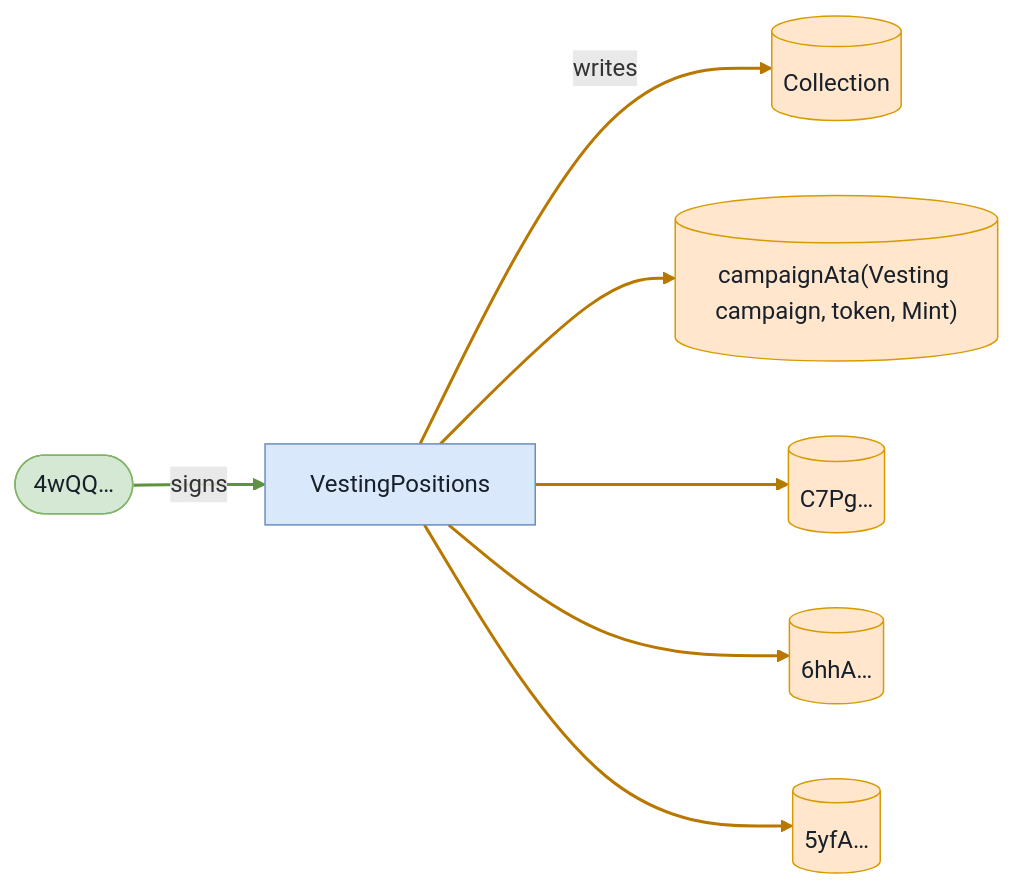
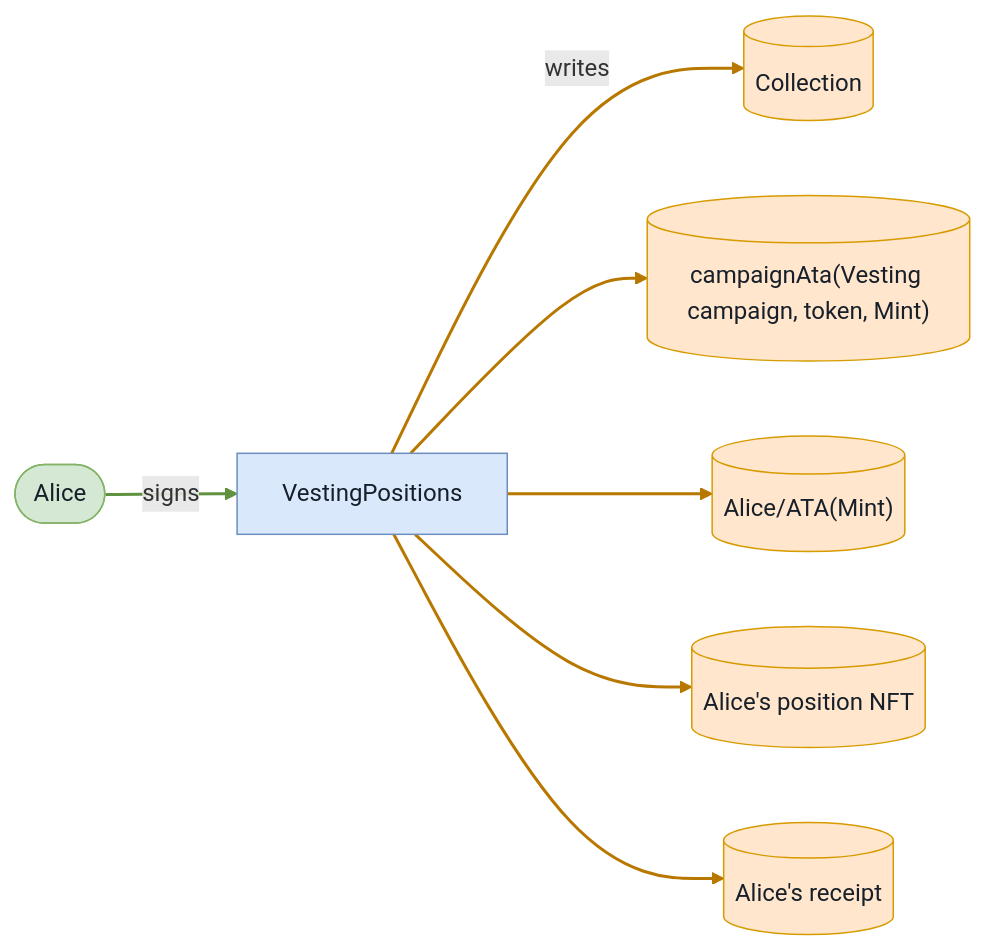
The eighth of 9 diagrams in babelfish-tests/test-report/scenario_4_replay_first_claim_fails.md (cds-turbin3/vesting-position), drawn with Mermaid before and after one commit. The commit also changed other lines of this file and 104 other files, not shown here.

````diff
--- a/babelfish-tests/test-report/scenario_4_replay_first_claim_fails.md
+++ b/babelfish-tests/test-report/scenario_4_replay_first_claim_fails.md
@@ -390,21 +389,21 @@
 ```mermaid
 flowchart LR
     VestingPositions["VestingPositions"]:::program
-    n4wQQ(["4wQQ…"]):::signer
+    Alice(["Alice"]):::signer
     Collection[("Collection")]:::state
     campaignAtaVestingcampaigntokenMint[("campaignAta(Vesting campaign, token, Mint)")]:::state
-    C7Pg[("C7Pg…")]:::state
-    n6hhA[("6hhA…")]:::state
-    n5yfA[("5yfA…")]:::state
-    n4wQQ -->|signs| VestingPositions
+    AliceATAMint[("Alice/ATA(Mint)")]:::state
+    AlicespositionNFT[("Alice's position NFT")]:::state
+    Alicesreceipt[("Alice's receipt")]:::state
+    Alice -->|signs| VestingPositions
     VestingPositions -->|writes| Collection
     VestingPositions --> campaignAtaVestingcampaigntokenMint
-    VestingPositions --> C7Pg
-    VestingPositions --> n6hhA
-    VestingPositions --> n5yfA
+    VestingPositions --> AliceATAMint
+    VestingPositions --> AlicespositionNFT
+    VestingPositions --> Alicesreceipt
     classDef program fill:#dae8fc,stroke:#6c8ebf,color:#17202a;
     classDef signer fill:#d5e8d4,stroke:#82b366,color:#17202a;
     classDef state fill:#ffe6cc,stroke:#d79b00,color:#17202a;
     linkStyle 0 stroke:#5f913f,stroke-width:2px
     linkStyle 1,2,3,4,5 stroke:#b87800,stroke-width:2px
 ```
````
